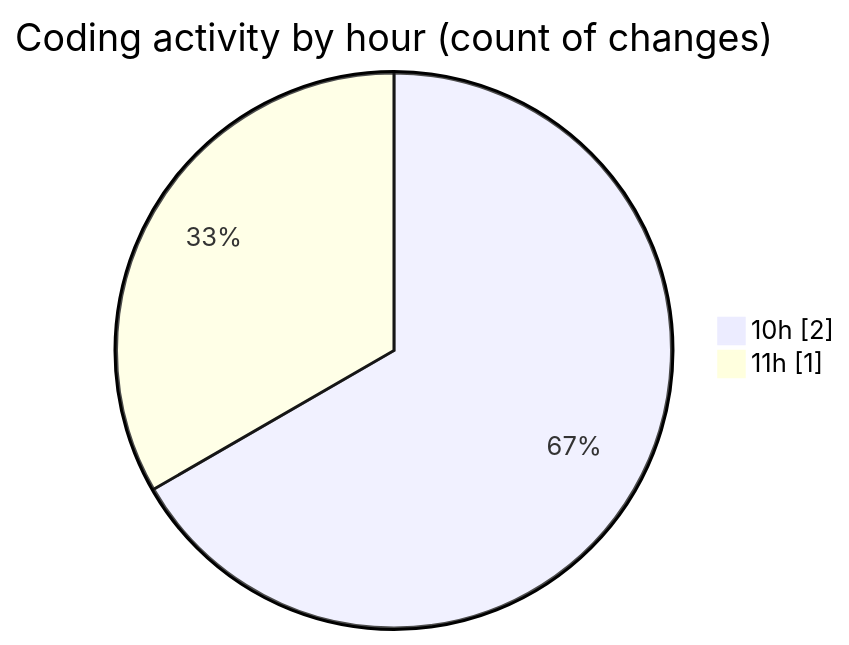
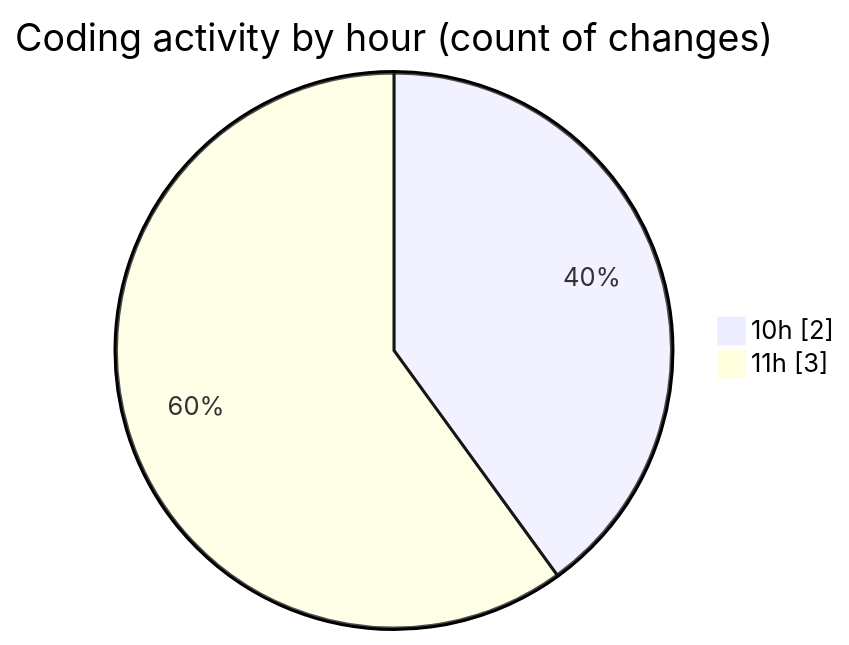
The second of 2 diagrams in 2025-06-02/studio-backend/README.md (idhammustaqopulfikri/code-tracking), drawn with Mermaid before and after one commit. The commit also changed other lines of this file and 1 other file, not shown here.

````diff
--- a/2025-06-02/studio-backend/README.md
+++ b/2025-06-02/studio-backend/README.md
@@ -28,6 +29,6 @@
 ```mermaid
 pie showData
 title Coding activity by hour (count of changes)
 "10h" : 2
-"11h" : 1
+"11h" : 3
 ```
````
